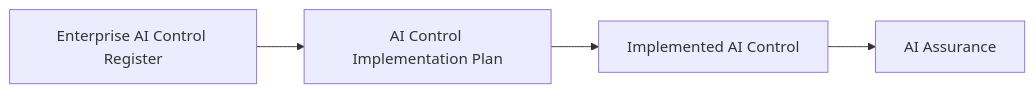
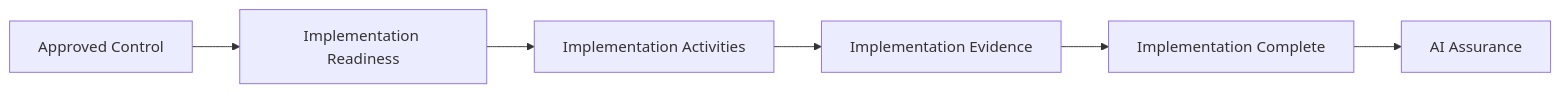
One commit to Governor-AK/enterprise-ai-governance-playbook changed the diagram in 05-AI-Controls/03-AI-Control-Implementation-Record.md. Above: the diagram before and after it, drawn with Mermaid. The commit also changed other lines of this file and 1 other file, not shown here.

Commit message:
feat(ai-controls): evolve implementation plan into implementation record

````diff
--- a/05-AI-Controls/03-AI-Control-Implementation-Record.md
+++ b/05-AI-Controls/03-AI-Control-Implementation-Record.md
@@ -29,8 +56,10 @@
 ```mermaid
 flowchart LR
 
-A[Enterprise AI Control Register]
---> B[AI Control Implementation Plan]
---> C[Implemented AI Control]
---> D[AI Assurance]
+A[Approved Control]
+--> B[Implementation Readiness]
+--> C[Implementation Activities]
+--> D[Implementation Evidence]
+--> E[Implementation Complete]
+--> F[AI Assurance]
 ```
````
